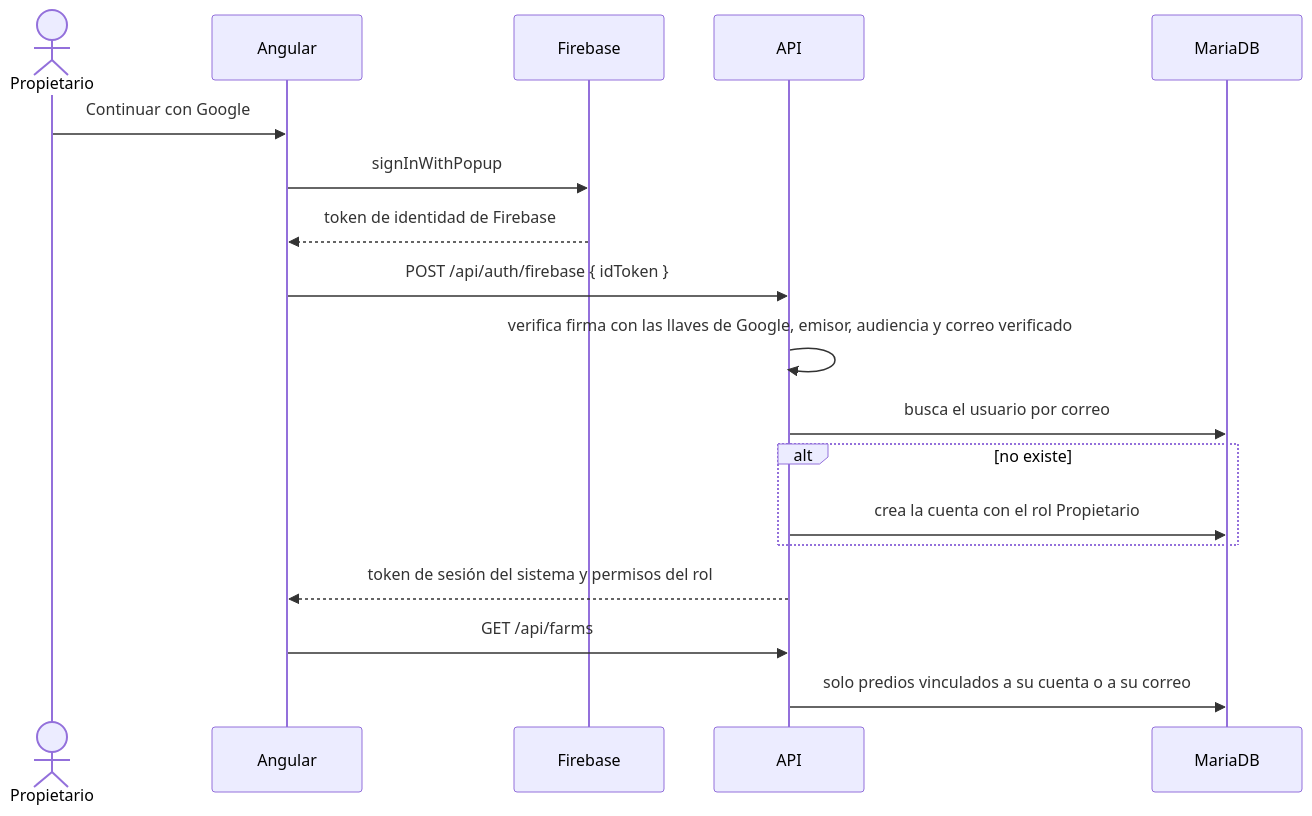
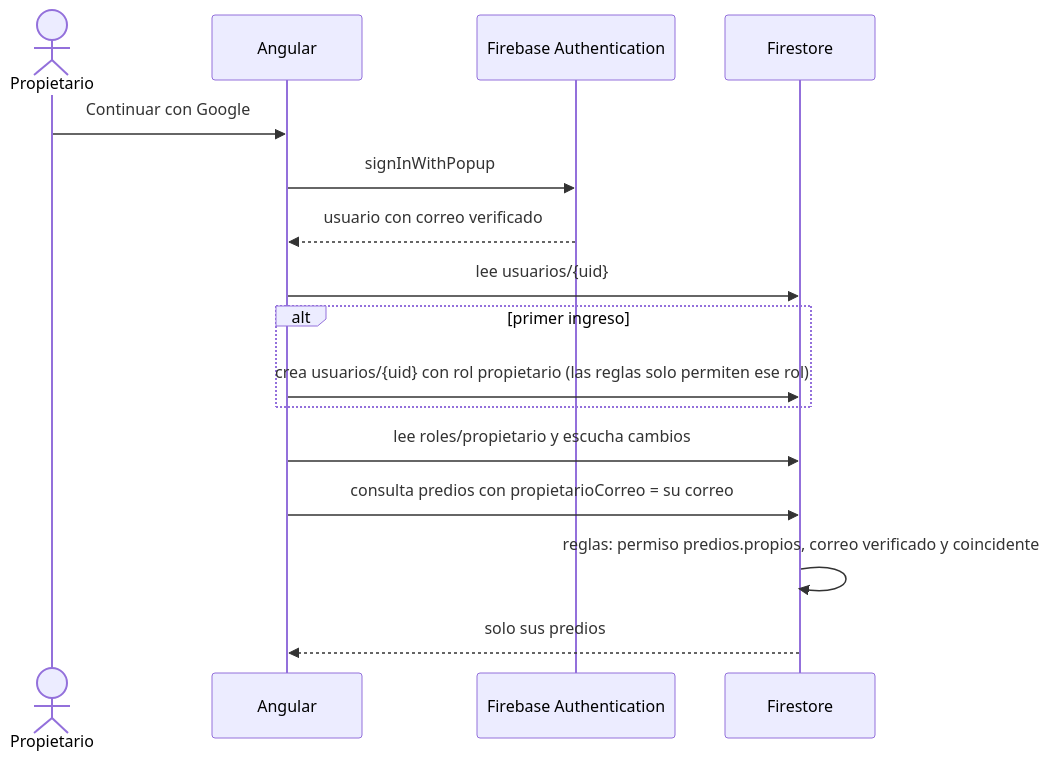
One commit to 98765432100123456/Aplicacion-a-la-inteligencia-artificial- changed the second of 4 diagrams in docs/ARQUITECTURA.md. Above: the diagram before and after it, drawn with Mermaid. The commit also changed other lines of this file and 135 other files, not shown here.

First line of the commit message:
Retira el servicio NestJS y MariaDB; documentación y pruebas sobre Firebase

````diff
--- a/docs/ARQUITECTURA.md
+++ b/docs/ARQUITECTURA.md
@@ -110,20 +65,18 @@
 ```mermaid
 sequenceDiagram
     actor U as Propietario
     participant W as Angular
-    participant F as Firebase
-    participant A as API
-    participant D as MariaDB
+    participant A as Firebase Authentication
+    participant F as Firestore
     U->>W: Continuar con Google
-    W->>F: signInWithPopup
-    F-->>W: token de identidad de Firebase
-    W->>A: POST /api/auth/firebase { idToken }
-    A->>A: verifica firma con las llaves de Google, emisor, audiencia y correo verificado
-    A->>D: busca el usuario por correo
-    alt no existe
-        A->>D: crea la cuenta con el rol Propietario
+    W->>A: signInWithPopup
+    A-->>W: usuario con correo verificado
+    W->>F: lee usuarios/{uid}
+    alt primer ingreso
+        W->>F: crea usuarios/{uid} con rol propietario (las reglas solo permiten ese rol)
     end
-    A-->>W: token de sesión del sistema y permisos del rol
-    W->>A: GET /api/farms
-    A->>D: solo predios vinculados a su cuenta o a su correo
+    W->>F: lee roles/propietario y escucha cambios
+    W->>F: consulta predios con propietarioCorreo = su correo
+    F->>F: reglas: permiso predios.propios, correo verificado y coincidente
+    F-->>W: solo sus predios
 ```
````
